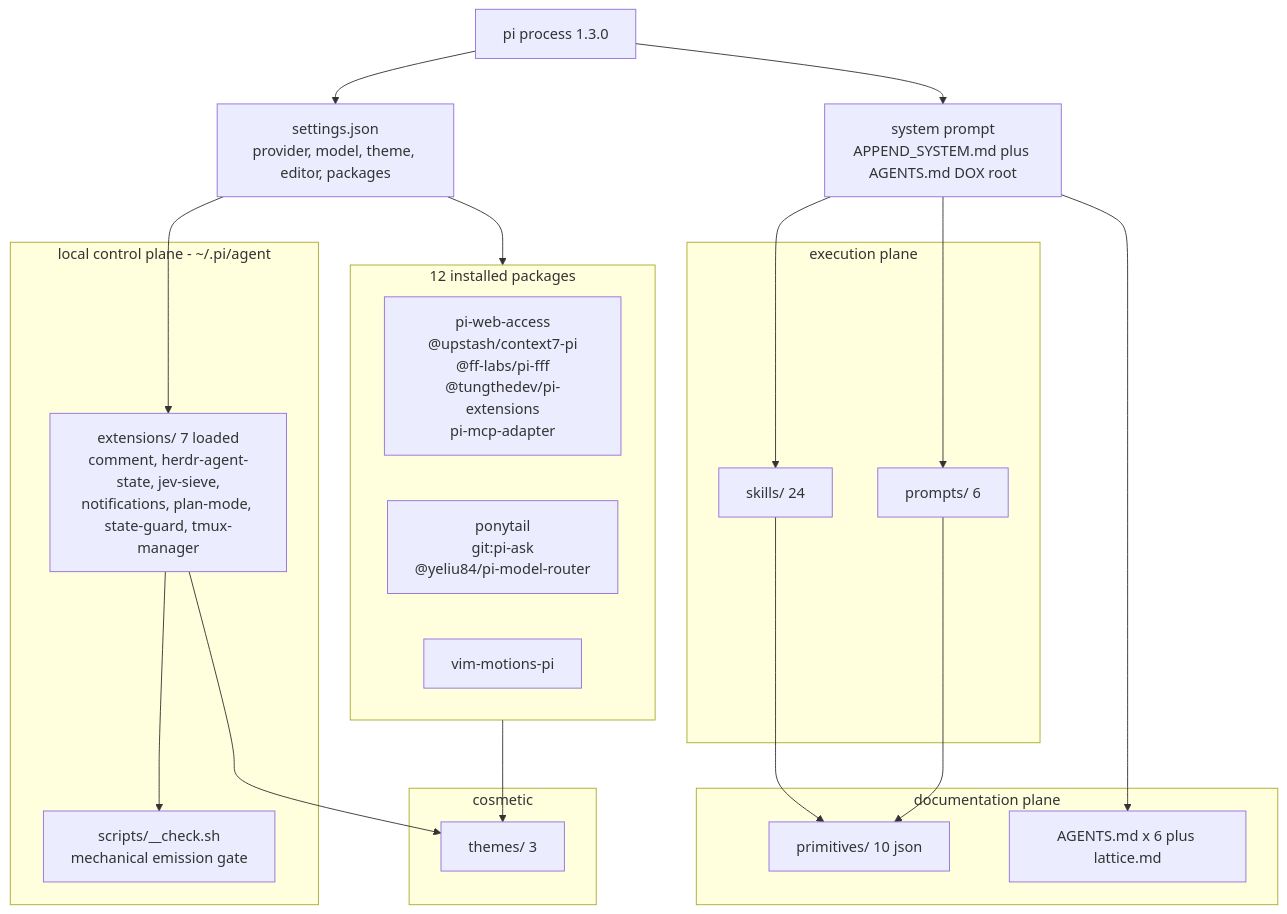
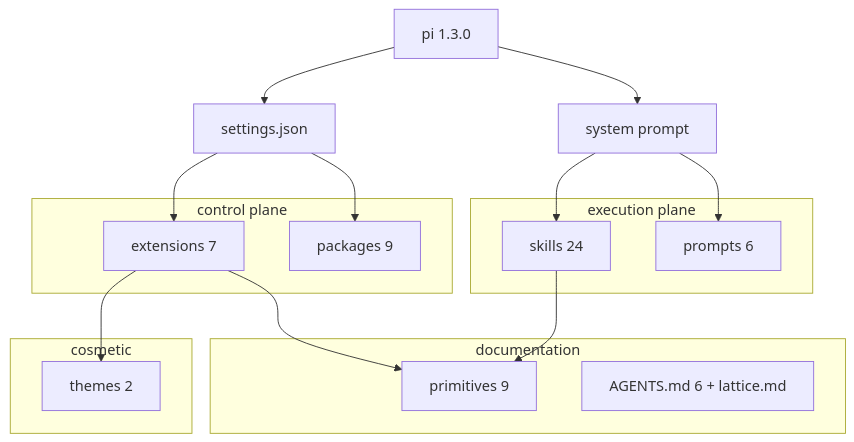
One commit to sub0xdai/n0x-pi changed the first of 5 diagrams in agent/harness-map.md. Above: the diagram before and after it, drawn with Mermaid. The commit also changed other lines of this file and 7 other files, not shown here.

````diff
--- a/agent/harness-map.md
+++ b/agent/harness-map.md
@@ -23,44 +29,30 @@
 ```mermaid
 flowchart TB
-    P["pi process 1.3.0"]
-    SET["settings.json<br/>provider, model, theme, editor, packages"]
-    SP["system prompt<br/>APPEND_SYSTEM.md plus AGENTS.md DOX root"]
-
-    subgraph LOCAL["local control plane - ~/.pi/agent"]
-        EXT["extensions/ 7 loaded<br/>comment, herdr-agent-state, jev-sieve,<br/>notifications, plan-mode, state-guard, tmux-manager"]
-        SCR["scripts/__check.sh<br/>mechanical emission gate"]
+    P["pi 1.3.0"]
+    SP["system prompt"]
+    SET["settings.json"]
+    subgraph CTL["control plane"]
+        EXT["extensions 7"]
+        PKG["packages 9"]
     end
-
-    subgraph EXEC["execution plane"]
-        SK["skills/ 24"]
-        PR["prompts/ 6"]
+    subgraph EXE["execution plane"]
+        SK["skills 24"]
+        PR["prompts 6"]
     end
-
-    subgraph DOC["documentation plane"]
-        PRI["primitives/ 10 json"]
-        DOX["AGENTS.md x 6 plus lattice.md"]
+    subgraph DOC["documentation"]
+        PRI["primitives 9"]
+        DOX["AGENTS.md 6 + lattice.md"]
     end
-
     subgraph COS["cosmetic"]
-        TH["themes/ 3"]
+        TH["themes 2"]
     end
-
-    subgraph PKG["12 installed packages"]
-        PA["pi-web-access<br/>@upstash/context7-pi<br/>@ff-labs/pi-fff<br/>@tungthedev/pi-extensions<br/>pi-mcp-adapter"]
-        PB["ponytail<br/>git:pi-ask<br/>@yeliu84/pi-model-router"]
-        PC["vim-motions-pi"]
-    end
-
+    P --> SP
     P --> SET
-    P --> SP
-    SET --> PKG
-    SET --> EXT
     SP --> SK
     SP --> PR
-    SP --> DOX
-    EXT --> SCR
+    SET --> EXT
+    SET --> PKG
+    EXT --> PRI
     SK --> PRI
-    PR --> PRI
     EXT --> TH
-    PKG --> TH
 ```
````
